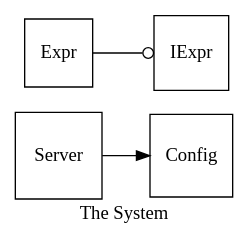
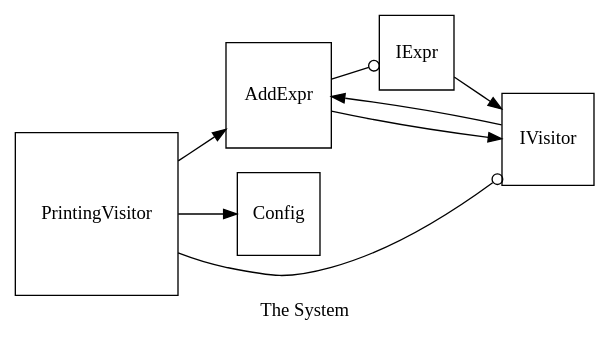
One commit to elliotdauber/dingo changed the diagram in clangparser/programs/output.dot. Above: the diagram before and after it, drawn with Graphviz. The commit also changed 3 other files, not shown here.

Commit message:
more work on graph generation from code

```diff
--- a/clangparser/programs/output.dot
+++ b/clangparser/programs/output.dot
@@ -1,14 +1,20 @@
 digraph example {
 rankdir=LR;
 node [shape=square];
+AddExpr [label="AddExpr"];
 Config [label="Config"];
-Expr [label="Expr"];
 IExpr [label="IExpr"];
-Server [label="Server"];
+IVisitor [label="IVisitor"];
+PrintingVisitor [label="PrintingVisitor"];
 
-Expr -> IExpr[arrowhead=odot];
-Server -> Config[arrowhead=normal];
+AddExpr -> IExpr[arrowhead=odot];
+AddExpr -> IVisitor[arrowhead=normal];
+IExpr -> IVisitor[arrowhead=normal];
+IVisitor -> AddExpr[arrowhead=normal];
+PrintingVisitor -> IVisitor[arrowhead=odot];
+PrintingVisitor -> Config[arrowhead=normal];
+PrintingVisitor -> AddExpr[arrowhead=normal];
 label="The System"
 style=filled
 fillcolor=yellow
 }
```
